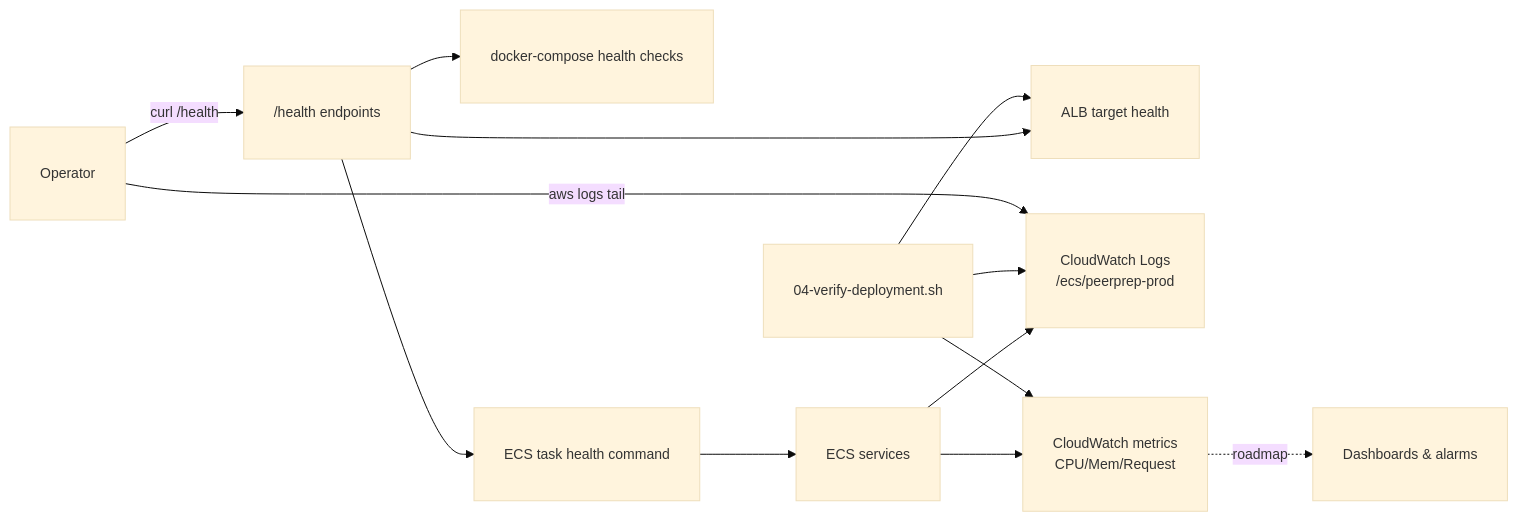
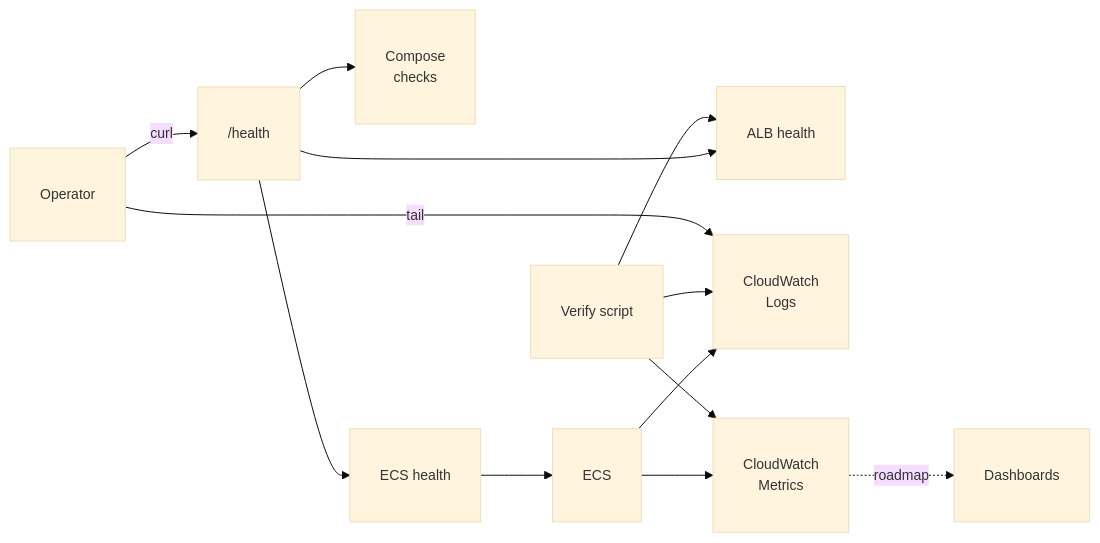
One commit to JoanneHing/cs3219-ay2526s1-project-g19 changed the eighth of 8 diagrams in docs/p1_deploy.md. Above: the diagram before and after it, drawn with Mermaid. The commit also changed other lines of this file, not shown here.

````diff
--- a/docs/p1_deploy.md
+++ b/docs/p1_deploy.md
@@ -274,22 +274,22 @@
 ```mermaid
 %%{init: {'theme':'base', 'themeVariables': {'fontSize':'14px'}}}%%
 graph LR
-  HealthEP["/health endpoints"] --> ComposeHC["docker-compose health checks"]
-  HealthEP --> ALBHC["ALB target health"]
-  HealthEP --> ECSHC["ECS task health command"]
+  HealthEP["/health"] --> ComposeHC["Compose<br/>checks"]
+  HealthEP --> ALBHC["ALB health"]
+  HealthEP --> ECSHC["ECS health"]
 
-  ECSHC --> ECS["ECS services"]
-  ECS --> Logs["CloudWatch Logs<br/>/ecs/peerprep-prod"]
-  ECS --> Metrics["CloudWatch metrics<br/>CPU/Mem/Request"]
-  Metrics -. roadmap .-> Alerts["Dashboards & alarms"]
+  ECSHC --> ECS["ECS"]
+  ECS --> Logs["CloudWatch<br/>Logs"]
+  ECS --> Metrics["CloudWatch<br/>Metrics"]
+  Metrics -. roadmap .-> Alerts["Dashboards"]
 
-  VerifyScript["04-verify-deployment.sh"] --> ALBHC
+  VerifyScript["Verify script"] --> ALBHC
   VerifyScript --> Metrics
   VerifyScript --> Logs
 
-  Operator["Operator"] -->|"aws logs tail"| Logs
-  Operator -->|"curl /health"| HealthEP
+  Operator["Operator"] -->|"tail"| Logs
+  Operator -->|"curl"| HealthEP
 
   classDef wider padding:10px
   class HealthEP,ComposeHC,ALBHC,ECSHC,ECS,Logs,Metrics,Alerts,VerifyScript,Operator wider
 ```
````
